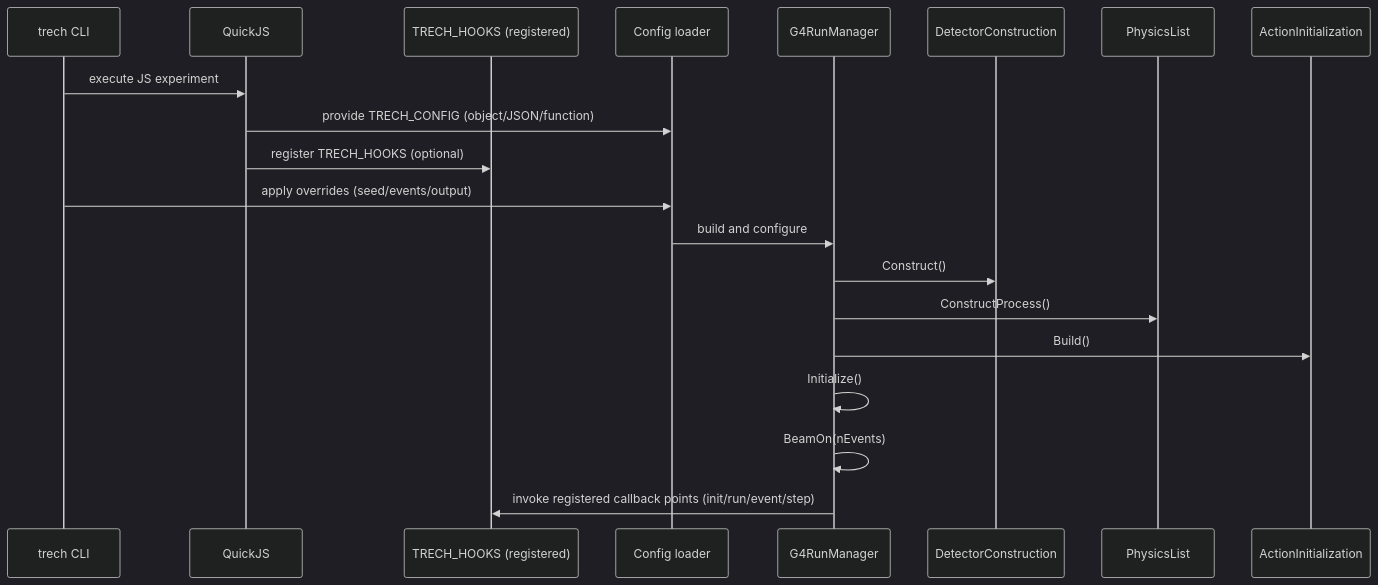
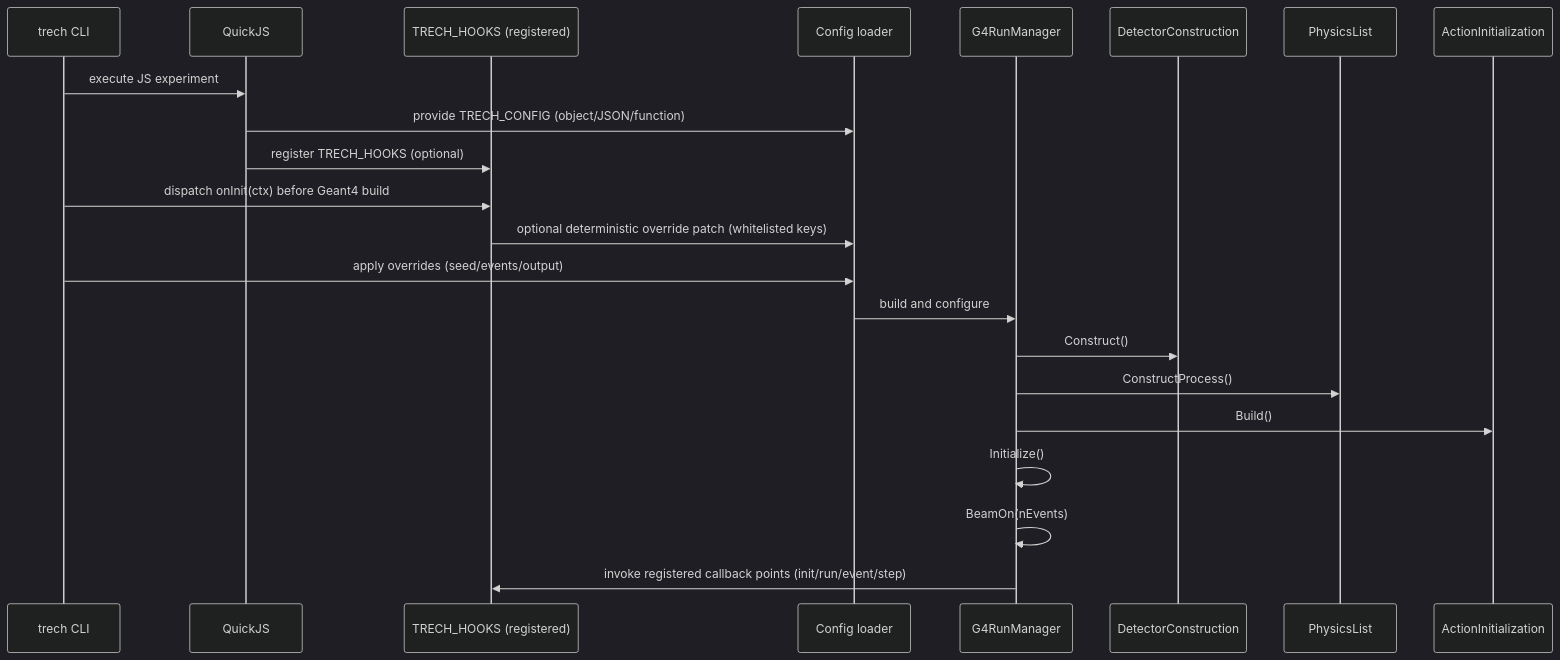
The second of 8 diagrams in CHARTS.md (Geckos-Ink/trech), drawn with Mermaid (dark theme) before and after one commit. The commit also changed other lines of this file and 19 other files, not shown here.

````diff
--- a/CHARTS.md
+++ b/CHARTS.md
@@ -45,22 +46,24 @@
 ```mermaid
 sequenceDiagram
   participant CLI as trech CLI
   participant QJS as QuickJS
   participant HOOK as TRECH_HOOKS (registered)
   participant CFG as Config loader
   participant RM as G4RunManager
   participant DET as DetectorConstruction
   participant PHY as PhysicsList
   participant ACT as ActionInitialization
   CLI->>QJS: execute JS experiment
   QJS->>CFG: provide TRECH_CONFIG (object/JSON/function)
   QJS->>HOOK: register TRECH_HOOKS (optional)
+  CLI->>HOOK: dispatch onInit(ctx) before Geant4 build
+  HOOK->>CFG: optional deterministic override patch (whitelisted keys)
   CLI->>CFG: apply overrides (seed/events/output)
   CFG->>RM: build and configure
   RM->>DET: Construct()
   RM->>PHY: ConstructProcess()
   RM->>ACT: Build()
   RM->>RM: Initialize()
   RM->>RM: BeamOn(nEvents)
   RM->>HOOK: invoke registered callback points (init/run/event/step)
 ```
````
